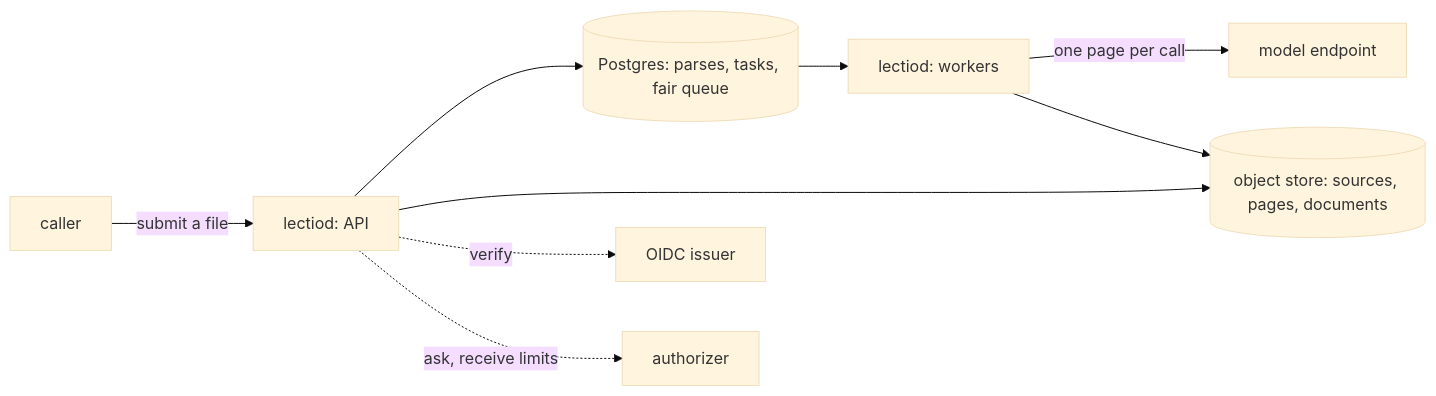
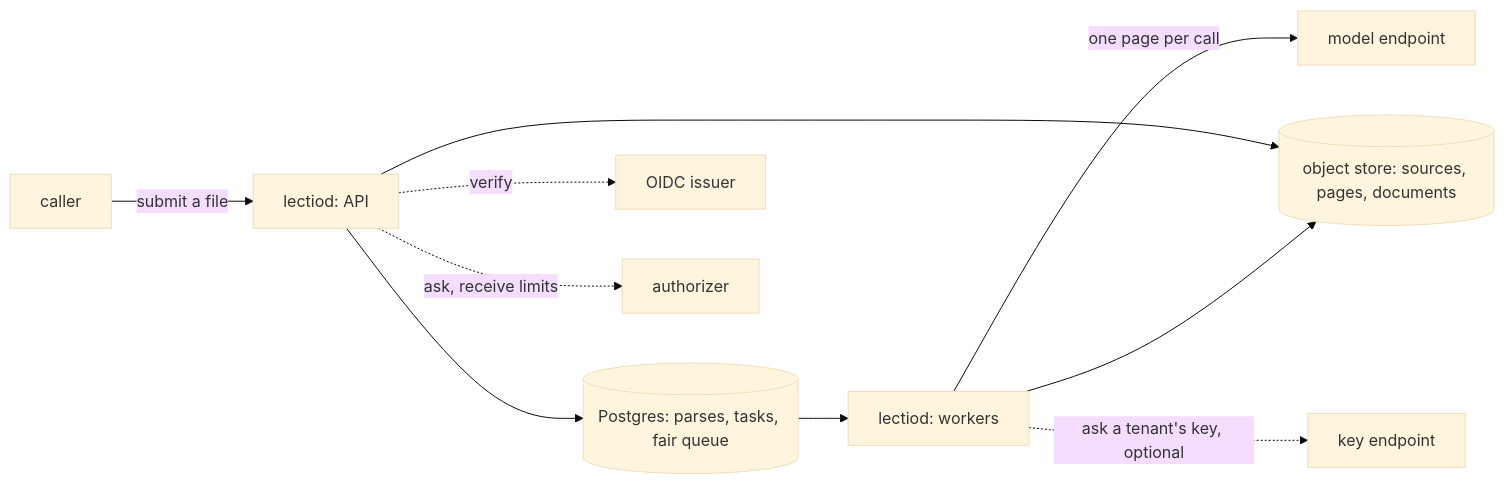
Before and after one commit to latere-ai/lectio: the diagram in README.md, drawn with Mermaid (base theme). The commit also changed other lines of this file and 9 other files, not shown here.

Commit message:
deploy, docs: the workers read the key endpoint and its bearer from the optional Secret lectiod-keys, and the key source is a setting of the ConfigMap

````diff
--- a/README.md
+++ b/README.md
@@ -261,11 +264,12 @@
 ```mermaid
 flowchart LR
   caller["caller"] -->|"submit a file"| api["lectiod: API"]
   api --> pg[("Postgres: parses, tasks, fair queue")]
   api --> obj[("object store: sources, pages, documents")]
   pg --> w["lectiod: workers"]
   w -->|"one page per call"| model["model endpoint"]
   w --> obj
   api -. "verify" .-> issuer["OIDC issuer"]
   api -. "ask, receive limits" .-> authz["authorizer"]
+  w -. "ask a tenant's key, optional" .-> keys["key endpoint"]
 ```
````
